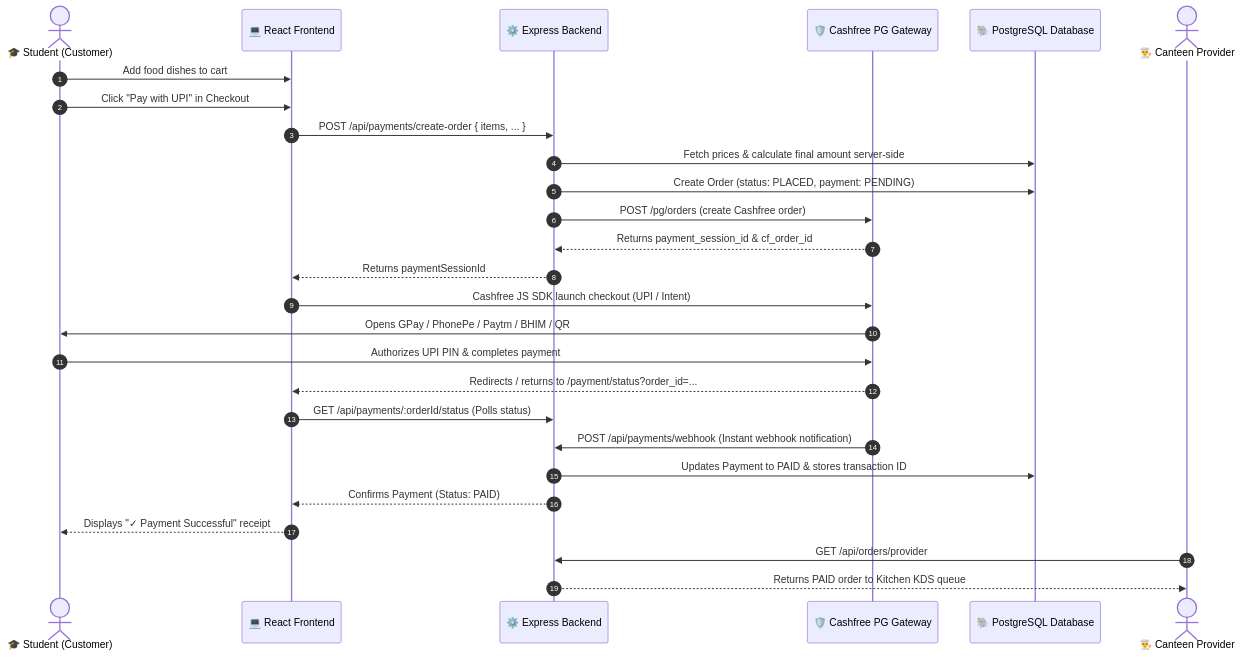
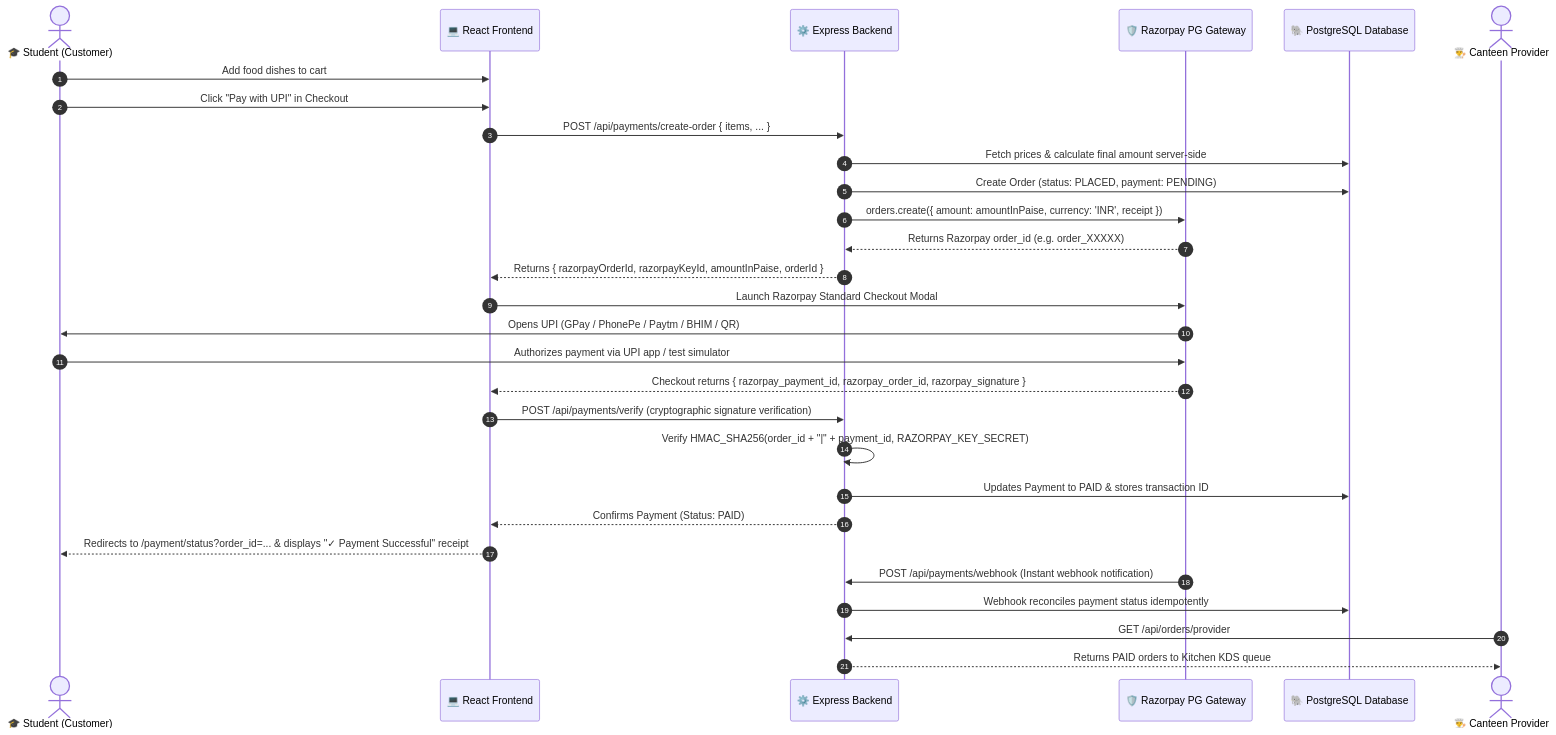
Before and after one commit to Arnav876/Gocanteen: the diagram in PAYMENT_SETUP.md, drawn with Mermaid. The commit also changed other lines of this file and 22 other files, not shown here.

Commit message:
Replace Cashfree with Razorpay

````diff
--- a/PAYMENT_SETUP.md
+++ b/PAYMENT_SETUP.md
@@ -9,30 +9,32 @@
 ```mermaid
 sequenceDiagram
     autonumber
     actor Student as 🎓 Student (Customer)
     participant App as 💻 React Frontend
     participant API as ⚙️ Express Backend
-    participant CF as 🛡️ Cashfree PG Gateway
+    participant RZP as 🛡️ Razorpay PG Gateway
     participant DB as 🐘 PostgreSQL Database
     actor Provider as 👨‍🍳 Canteen Provider
 
     Student->>App: Add food dishes to cart
     Student->>App: Click "Pay with UPI" in Checkout
     App->>API: POST /api/payments/create-order { items, ... }
     API->>DB: Fetch prices & calculate final amount server-side
     API->>DB: Create Order (status: PLACED, payment: PENDING)
-    API->>CF: POST /pg/orders (create Cashfree order)
-    CF-->>API: Returns payment_session_id & cf_order_id
-    API-->>App: Returns paymentSessionId
-    App->>CF: Cashfree JS SDK launch checkout (UPI / Intent)
-    CF->>Student: Opens GPay / PhonePe / Paytm / BHIM / QR
-    Student->>CF: Authorizes UPI PIN & completes payment
-    CF-->>App: Redirects / returns to /payment/status?order_id=...
-    App->>API: GET /api/payments/:orderId/status (Polls status)
-    CF->>API: POST /api/payments/webhook (Instant webhook notification)
+    API->>RZP: orders.create({ amount: amountInPaise, currency: 'INR', receipt })
+    RZP-->>API: Returns Razorpay order_id (e.g. order_XXXXX)
+    API-->>App: Returns { razorpayOrderId, razorpayKeyId, amountInPaise, orderId }
+    App->>RZP: Launch Razorpay Standard Checkout Modal
+    RZP->>Student: Opens UPI (GPay / PhonePe / Paytm / BHIM / QR)
+    Student->>RZP: Authorizes payment via UPI app / test simulator
+    RZP-->>App: Checkout returns { razorpay_payment_id, razorpay_order_id, razorpay_signature }
+    App->>API: POST /api/payments/verify (cryptographic signature verification)
+    API->>API: Verify HMAC_SHA256(order_id + "|" + payment_id, RAZORPAY_KEY_SECRET)
     API->>DB: Updates Payment to PAID & stores transaction ID
     API-->>App: Confirms Payment (Status: PAID)
-    App-->>Student: Displays "✓ Payment Successful" receipt
+    App-->>Student: Redirects to /payment/status?order_id=... & displays "✓ Payment Successful" receipt
+    RZP->>API: POST /api/payments/webhook (Instant webhook notification)
+    API->>DB: Webhook reconciles payment status idempotently
     Provider->>API: GET /api/orders/provider
-    API-->>Provider: Returns PAID order to Kitchen KDS queue
+    API-->>Provider: Returns PAID orders to Kitchen KDS queue
 ```
````
